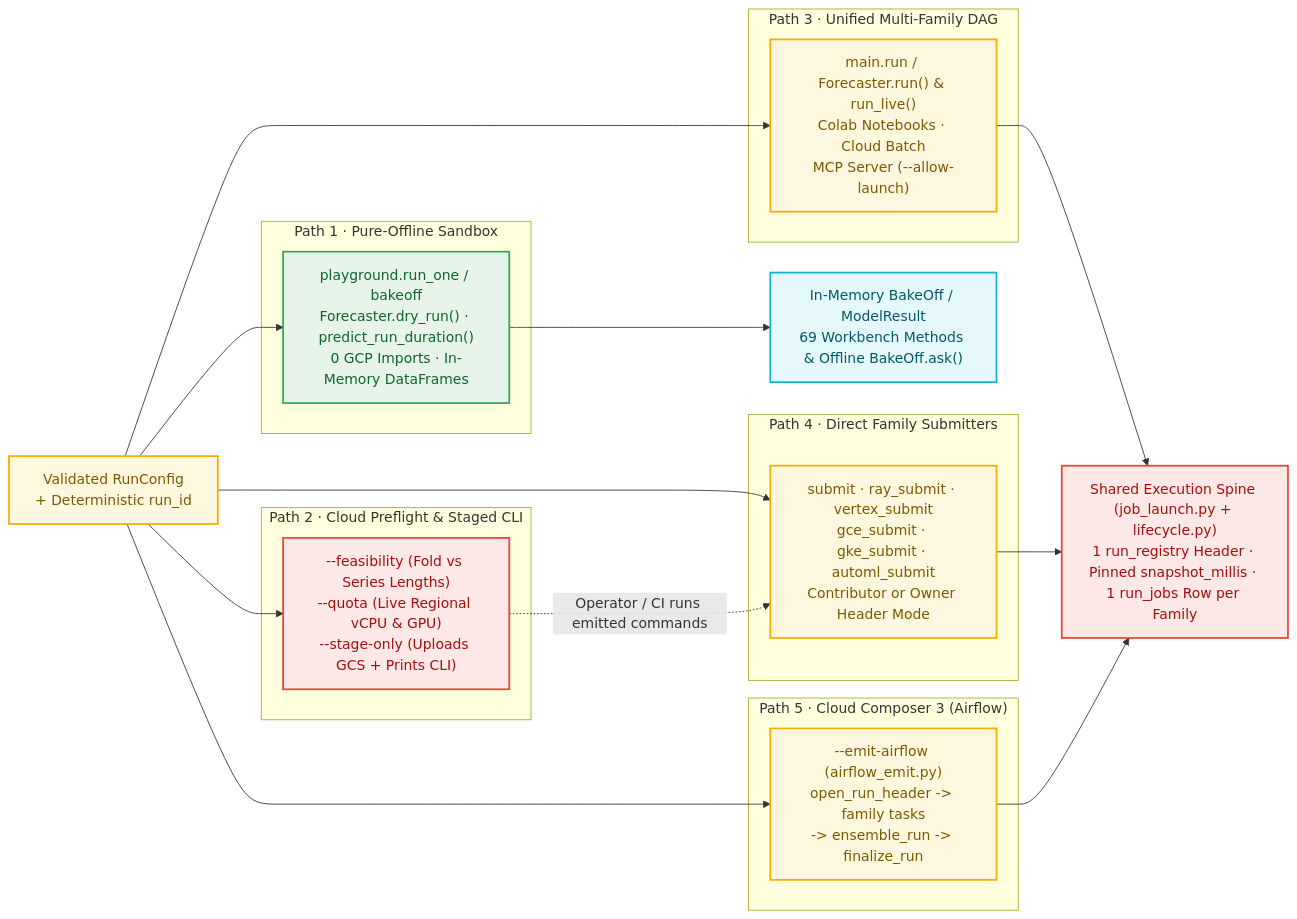
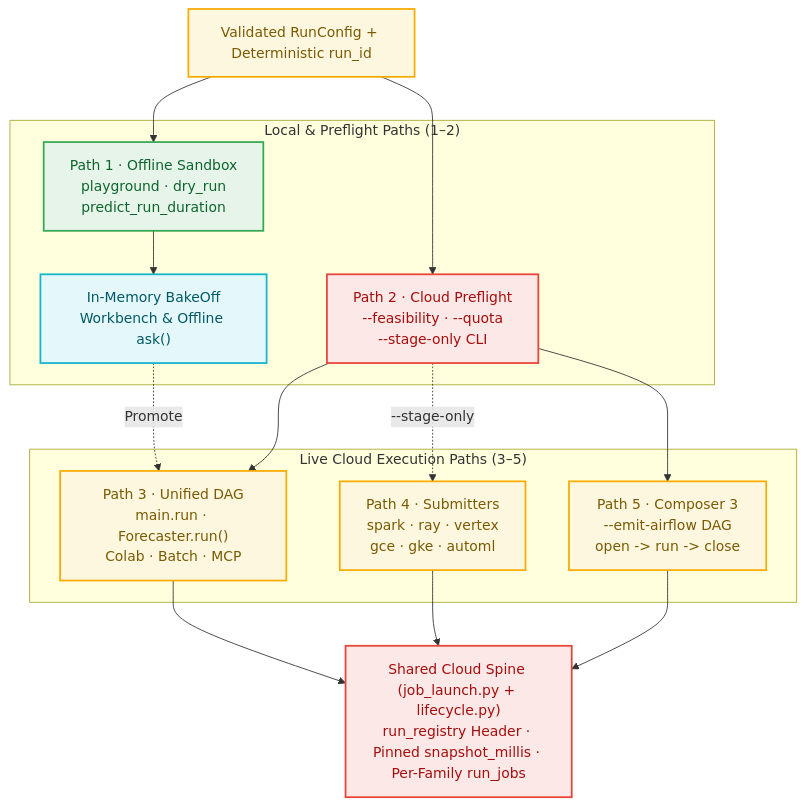
The sixth of 17 diagrams in docs/visual_architecture.md (statmike/scale-forecasting), drawn with Mermaid before and after one commit. The commit also changed other lines of this file and 14 other files, not shown here.

Commit message:
docs(mermaid): reconfigure wide diagrams to vertical TD layout with concise labels

````diff
--- a/docs/visual_architecture.md
+++ b/docs/visual_architecture.md
@@ -239,41 +238,34 @@
 ```mermaid
-flowchart LR
-    CFG["Validated RunConfig<br/>+ Deterministic run_id"]
+flowchart TD
+    CFG["Validated RunConfig + Deterministic run_id"]
 
-    subgraph P1["Path 1 · Pure-Offline Sandbox"]
-        OFF["playground.run_one / bakeoff<br/>Forecaster.dry_run() · predict_run_duration()<br/>0 GCP Imports · In-Memory DataFrames"]
+    subgraph LOCAL_BAND["Local & Preflight Paths (1–2)"]
+        OFF["Path 1 · Offline Sandbox<br/>playground · dry_run<br/>predict_run_duration"]
+        PRE["Path 2 · Cloud Preflight<br/>--feasibility · --quota<br/>--stage-only CLI"]
+        LOCAL_OUT["In-Memory BakeOff<br/>Workbench & Offline ask()"]
+        OFF --> LOCAL_OUT
     end
 
-    subgraph P2["Path 2 · Cloud Preflight & Staged CLI"]
-        PRE["--feasibility (Fold vs Series Lengths)<br/>--quota (Live Regional vCPU & GPU)<br/>--stage-only (Uploads GCS + Prints CLI)"]
+    subgraph CLOUD_BAND["Live Cloud Execution Paths (3–5)"]
+        MAIN["Path 3 · Unified DAG<br/>main.run · Forecaster.run()<br/>Colab · Batch · MCP"]
+        SUBS["Path 4 · Submitters<br/>spark · ray · vertex<br/>gce · gke · automl"]
+        AIR["Path 5 · Composer 3<br/>--emit-airflow DAG<br/>open -> run -> close"]
     end
 
-    subgraph P3["Path 3 · Unified Multi-Family DAG"]
-        MAIN["main.run / Forecaster.run() & run_live()<br/>Colab Notebooks · Cloud Batch<br/>MCP Server (--allow-launch)"]
-    end
+    JL["Shared Cloud Spine (job_launch.py + lifecycle.py)<br/>run_registry Header · Pinned snapshot_millis · Per-Family run_jobs"]
 
-    subgraph P4["Path 4 · Direct Family Submitters"]
-        SUBS["submit · ray_submit · vertex_submit<br/>gce_submit · gke_submit · automl_submit<br/>Contributor or Owner Header Mode"]
-    end
-
-    subgraph P5["Path 5 · Cloud Composer 3 (Airflow)"]
-        AIR["--emit-airflow (airflow_emit.py)<br/>open_run_header -> family tasks<br/>-> ensemble_run -> finalize_run"]
-    end
-
-    JL["Shared Execution Spine (job_launch.py + lifecycle.py)<br/>1 run_registry Header · Pinned snapshot_millis · 1 run_jobs Row per Family"]
-    LOCAL_OUT["In-Memory BakeOff / ModelResult<br/>69 Workbench Methods & Offline BakeOff.ask()"]
-
-    CFG --> OFF & PRE & MAIN & SUBS & AIR
-    OFF --> LOCAL_OUT
-    PRE -.->|"Operator / CI runs emitted commands"| SUBS
+    CFG --> OFF & PRE
+    LOCAL_OUT -.->|"Promote"| MAIN
+    PRE --> MAIN & AIR
+    PRE -.->|"--stage-only"| SUBS
     MAIN & SUBS & AIR --> JL
 
     classDef config fill:#FEF7E0,stroke:#F9AB00,stroke-width:2px,color:#7A5A00
     classDef route fill:#FCE8E6,stroke:#EA4335,stroke-width:2px,color:#A50E0E
     classDef compute fill:#E6F4EA,stroke:#34A853,stroke-width:2px,color:#0D652D
     classDef decision fill:#E4F7FB,stroke:#12B5CB,stroke-width:2px,color:#005A66
     class CFG,MAIN,SUBS,AIR config
     class PRE,JL route
     class OFF compute
     class LOCAL_OUT decision
 ```
````
